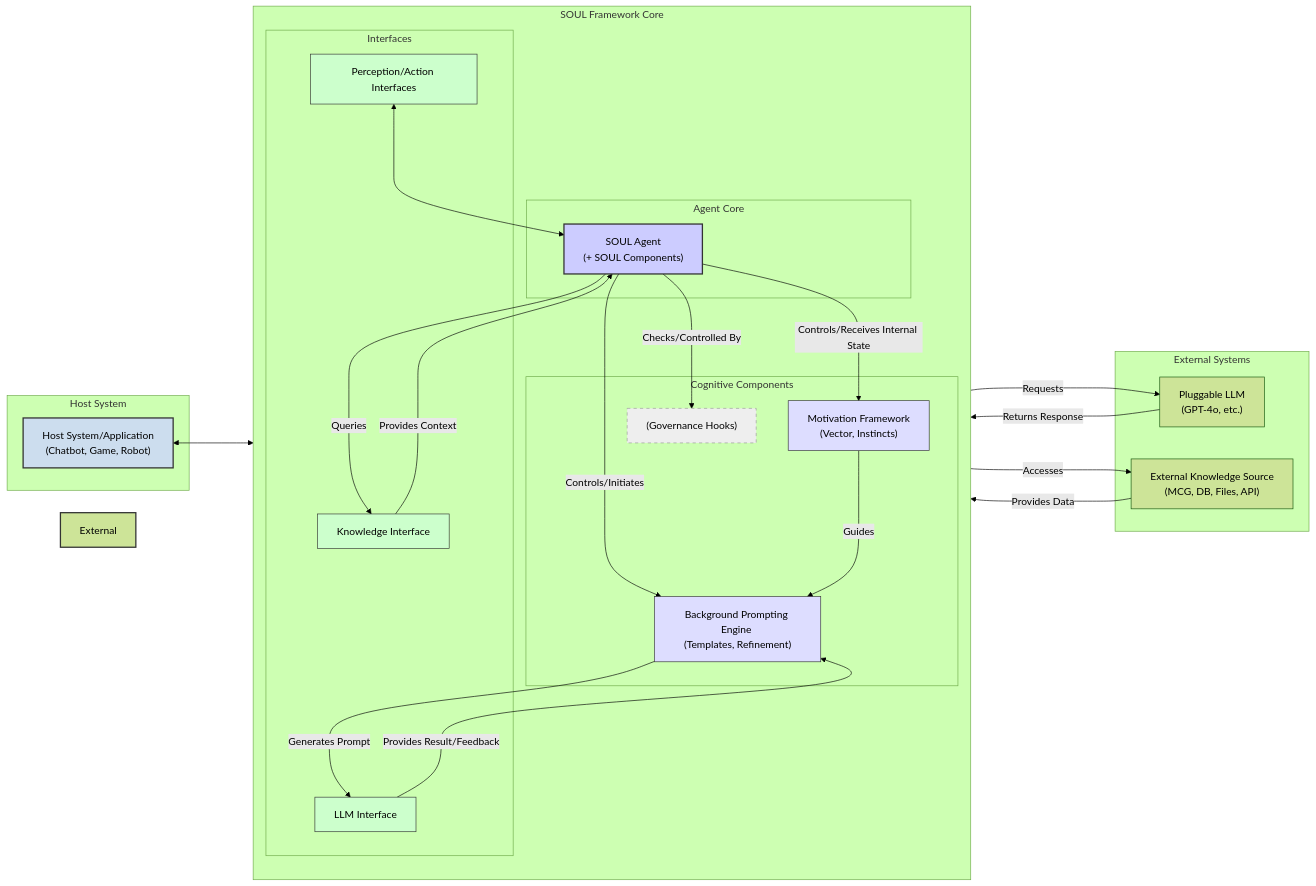
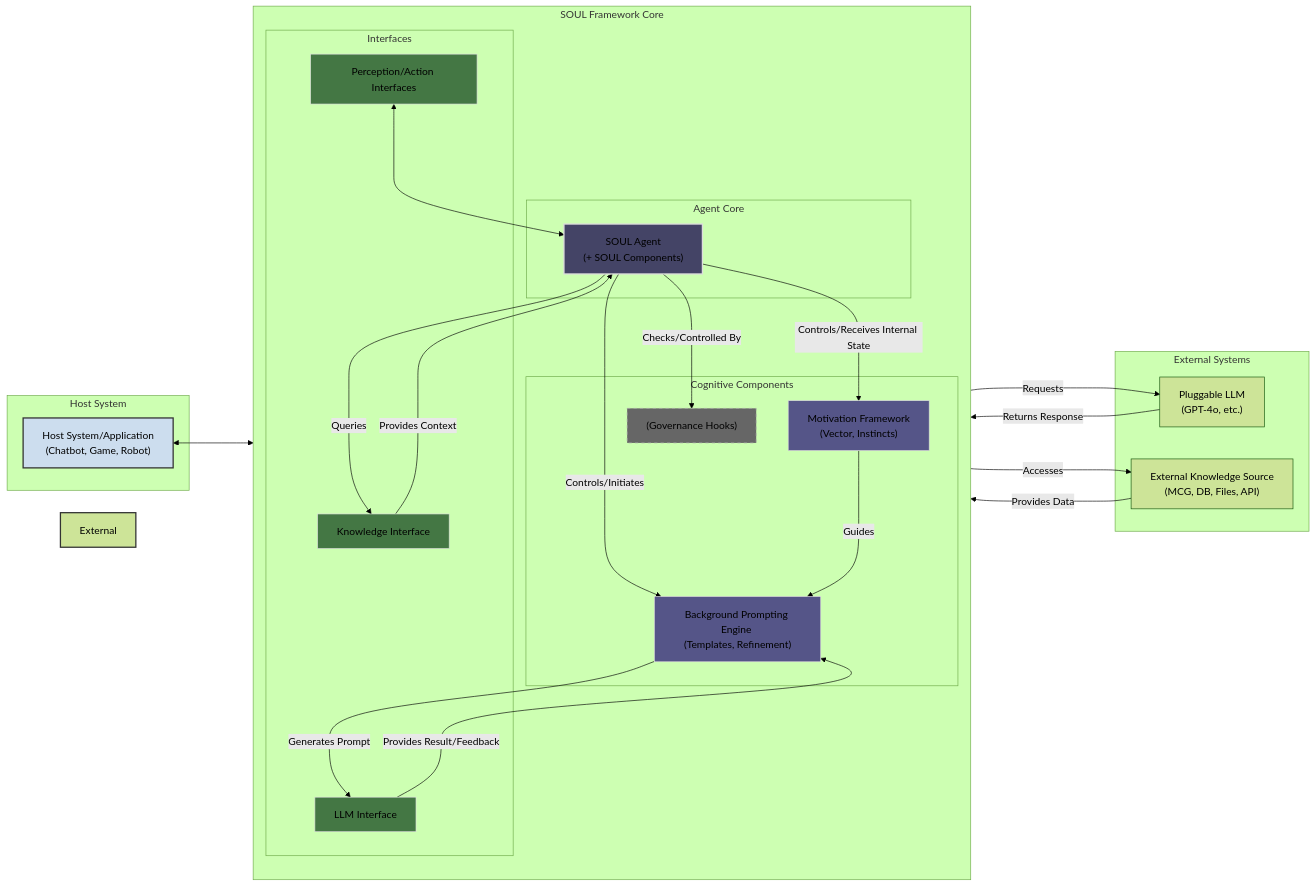
The diagram in README.md (VhybZApp/SOUL), drawn with Mermaid (forest theme) before and after one commit.

Commit message:
Update colors in graph

````diff
--- a/README.md
+++ b/README.md
@@ -37,58 +37,58 @@
 ```mermaid
 graph LR
     subgraph Host System
         Host["Host System/Application <br/>(Chatbot, Game, Robot)"]
     end
 
     subgraph External Systems
         LLM["Pluggable LLM <br/>(GPT-4o, etc.)"]
         KS["External Knowledge Source <br/>(MCG, DB, Files, API)"]
     end
 
     subgraph SOUL Framework Core
         direction TB
 
         subgraph Agent Core
             SOUL["SOUL Agent <br/>(+ SOUL Components)"]
         end
 
         subgraph Cognitive Components
             MF["Motivation Framework <br/>(Vector, Instincts)"]
             BPE["Background Prompting Engine <br/>(Templates, Refinement)"]
             Gov["(Governance Hooks)"]
         end
 
         subgraph Interfaces
             PAI["Perception/Action Interfaces"]
             KI["Knowledge Interface"]
             LLMI["LLM Interface"]
         end
 
-SOUL -->|Controls/Receives Internal State| MF
-    SOUL -->|Controls/Initiates| BPE
-    SOUL -->|Queries| KI
-    SOUL -->|Checks/Controlled By| Gov
+        SOUL -->|Controls/Receives Internal State| MF
+        SOUL -->|Controls/Initiates| BPE
+        SOUL -->|Queries| KI
+        SOUL -->|Checks/Controlled By| Gov
 
-    MF --->|Guides| BPE
-    BPE --->|Generates Prompt| LLMI
-    KI --->|Accesses| KS
-    LLMI --->|Requests| LLM
-    LLM --->|Returns Response| LLMI
-    LLMI --->|Provides Result/Feedback| BPE
-    KS --->|Provides Data| KI
-    KI --->|Provides Context| SOUL
-end
+        MF --->|Guides| BPE
+        BPE --->|Generates Prompt| LLMI
+        KI --->|Accesses| KS
+        LLMI --->|Requests| LLM
+        LLM --->|Returns Response| LLMI
+        LLMI --->|Provides Result/Feedback| BPE
+        KS --->|Provides Data| KI
+        KI --->|Provides Context| SOUL
+    end
 
-Host <---> PAI
-PAI <---> SOUL
+    Host <---> PAI
+    PAI <---> SOUL
 
-style Host fill:#cde,stroke:#333,stroke-width:2px
-style External Systems fill:#eec,stroke:#333,stroke-width:2px
-style SOUL fill:#ccf,stroke:#333,stroke-width:2px
-style MF fill:#ddf,stroke:#333,stroke-width:1px
-style BPE fill:#ddf,stroke:#333,stroke-width:1px
-style Gov fill:#eee,stroke:#999,stroke-width:1px,stroke-dasharray: 5 5
-style PAI fill:#cfc,stroke:#333,stroke-width:1px
-style KI fill:#cfc,stroke:#333,stroke-width:1px
-style LLMI fill:#cfc,stroke:#333,stroke-width:1px
+    style Host fill:#cde,stroke:#333,stroke-width:2px,color:#000 %% Black text on light blue %%
+    style External Systems fill:#eec,stroke:#333,stroke-width:2px,color:#000 %% Black text on light yellow %%
+    style SOUL fill:#446,stroke:#DDD,stroke-width:2px,color:#FFF %% White text on dark blue/purple %%
+    style MF fill:#558,stroke:#DDD,stroke-width:1px,color:#FFF %% White text on darker blue/purple %%
+    style BPE fill:#558,stroke:#DDD,stroke-width:1px,color:#FFF %% White text on darker blue/purple %%
+    style Gov fill:#666,stroke:#AAA,stroke-width:1px,stroke-dasharray: 5 5,color:#FFF %% White text on gray %%
+    style PAI fill:#474,stroke:#DDD,stroke-width:1px,color:#FFF %% White text on green %%
+    style KI fill:#474,stroke:#DDD,stroke-width:1px,color:#FFF %% White text on green %%
+    style LLMI fill:#474,stroke:#DDD,stroke-width:1px,color:#FFF %% White text on green %%
 ```
````
